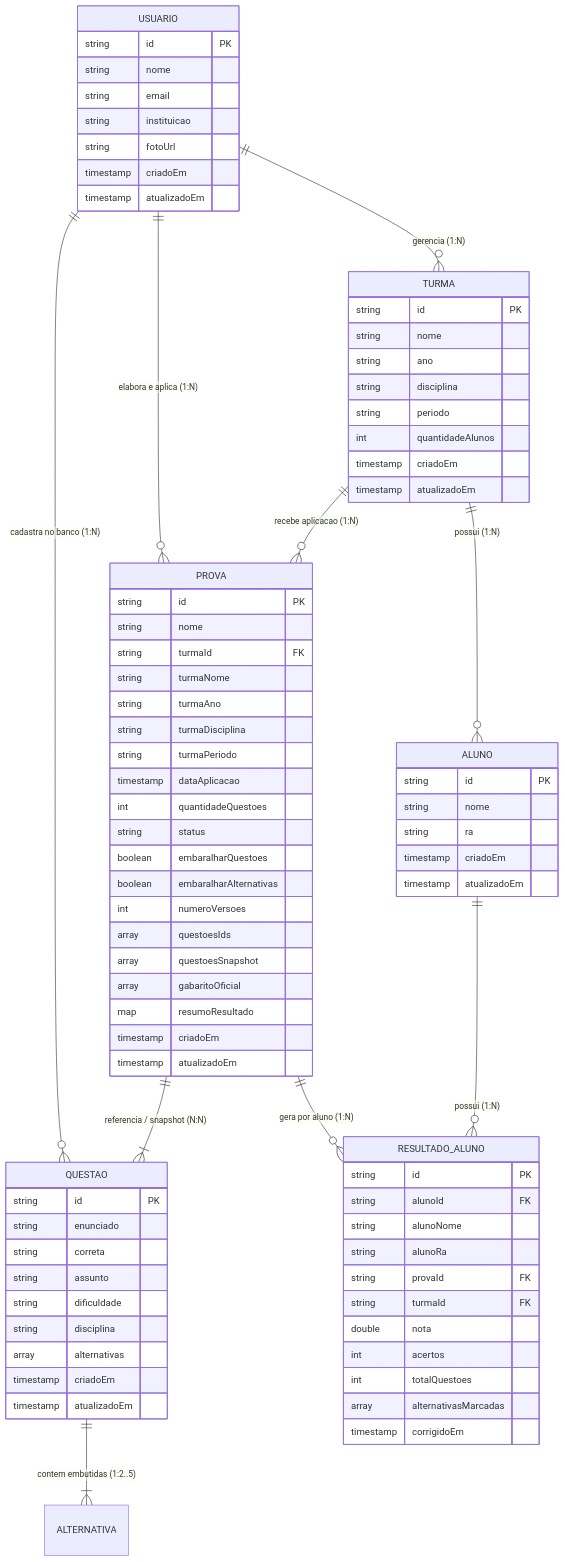
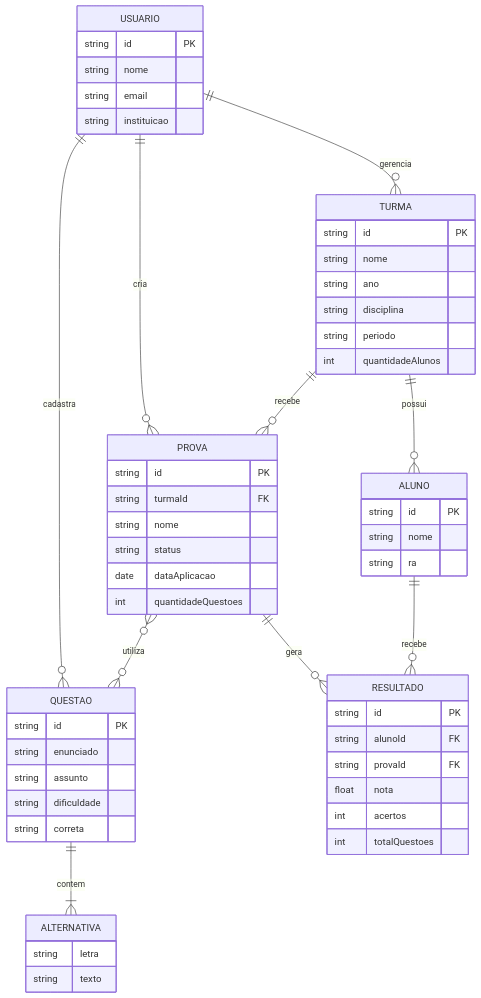
Before and after one commit to JoaoVitorWinter/prova_certa: the diagram in docs/firestore-modelagem.md, drawn with Mermaid. The commit also changed other lines of this file, not shown here.

````diff
--- a/docs/firestore-modelagem.md
+++ b/docs/firestore-modelagem.md
@@ -35,23 +10,20 @@
 ```mermaid
 erDiagram
-    USUARIO ||--o{ TURMA : "gerencia (1:N)"
-    USUARIO ||--o{ QUESTAO : "cadastra no banco (1:N)"
-    USUARIO ||--o{ PROVA : "elabora e aplica (1:N)"
-    TURMA ||--o{ ALUNO : "possui (1:N)"
-    TURMA ||--o{ PROVA : "recebe aplicacao (1:N)"
-    QUESTAO ||--|{ ALTERNATIVA : "contem embutidas (1:2..5)"
-    PROVA ||--|{ QUESTAO : "referencia / snapshot (N:N)"
-    PROVA ||--o{ RESULTADO_ALUNO : "gera por aluno (1:N)"
-    ALUNO ||--o{ RESULTADO_ALUNO : "possui (1:N)"
+    USUARIO ||--o{ TURMA : gerencia
+    USUARIO ||--o{ QUESTAO : cadastra
+    USUARIO ||--o{ PROVA : cria
+    TURMA ||--o{ ALUNO : possui
+    TURMA ||--o{ PROVA : recebe
+    PROVA }o--o{ QUESTAO : utiliza
+    QUESTAO ||--|{ ALTERNATIVA : contem
+    PROVA ||--o{ RESULTADO : gera
+    ALUNO ||--o{ RESULTADO : recebe
 
     USUARIO {
         string id PK
         string nome
         string email
         string instituicao
-        string fotoUrl
-        timestamp criadoEm
-        timestamp atualizadoEm
     }
 
     TURMA {
@@ -61,63 +33,42 @@
         string disciplina
         string periodo
         int quantidadeAlunos
-        timestamp criadoEm
-        timestamp atualizadoEm
     }
 
     ALUNO {
         string id PK
         string nome
         string ra
-        timestamp criadoEm
-        timestamp atualizadoEm
     }
 
     QUESTAO {
         string id PK
         string enunciado
-        string correta
         string assunto
         string dificuldade
-        string disciplina
-        array alternativas
-        timestamp criadoEm
-        timestamp atualizadoEm
+        string correta
+    }
+
+    ALTERNATIVA {
+        string letra
+        string texto
     }
 
     PROVA {
         string id PK
+        string turmaId FK
         string nome
-        string turmaId FK
-        string turmaNome
-        string turmaAno
-        string turmaDisciplina
-        string turmaPeriodo
-        timestamp dataAplicacao
+        string status
+        date dataAplicacao
         int quantidadeQuestoes
-        string status
-        boolean embaralharQuestoes
-        boolean embaralharAlternativas
-        int numeroVersoes
-        array questoesIds
-        array questoesSnapshot
-        array gabaritoOficial
-        map resumoResultado
-        timestamp criadoEm
-        timestamp atualizadoEm
     }
 
-    RESULTADO_ALUNO {
+    RESULTADO {
         string id PK
         string alunoId FK
-        string alunoNome
-        string alunoRa
         string provaId FK
-        string turmaId FK
-        double nota
+        float nota
         int acertos
         int totalQuestoes
-        array alternativasMarcadas
-        timestamp corrigidoEm
     }
 ```
````
